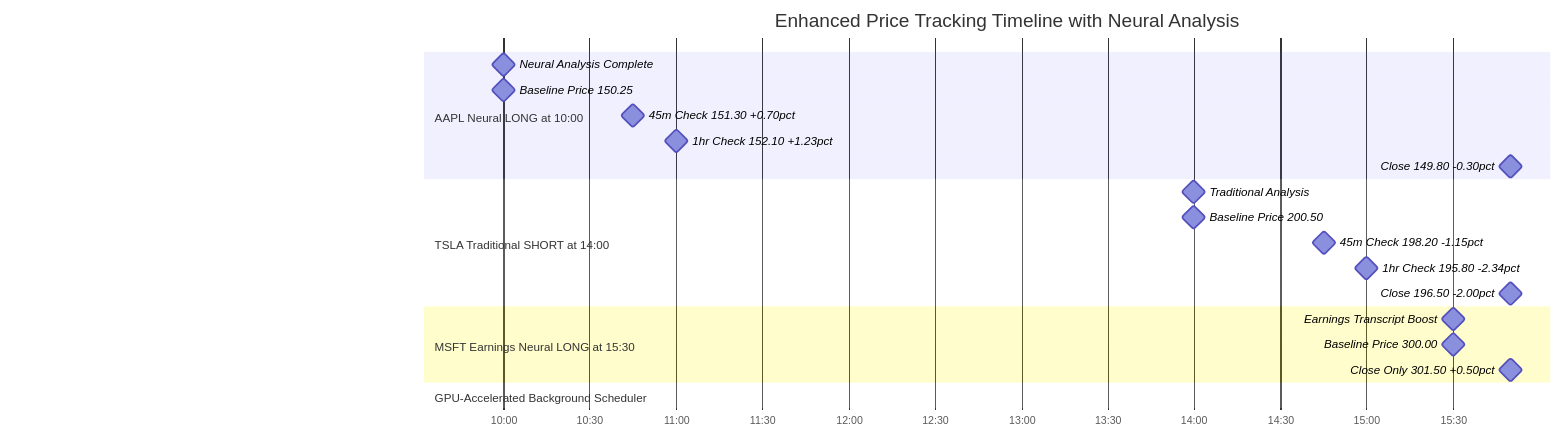
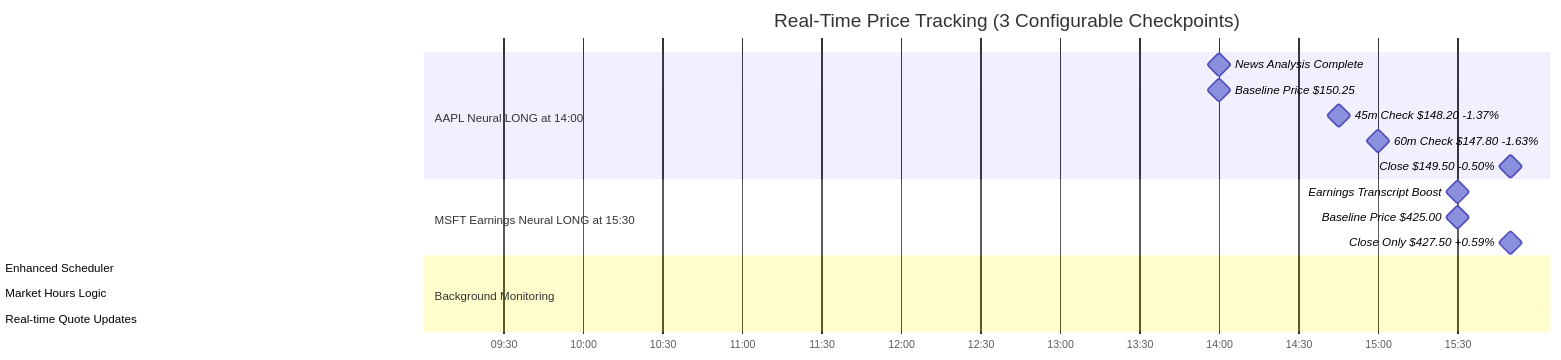
One commit to jaygasi/news_analyzer changed diagram 16 of 18 in news_cruncher/README.md. Above: the diagram before and after it, drawn with Mermaid. The commit also changed other lines of this file, not shown here.

````diff
--- a/news_cruncher/README.md
+++ b/news_cruncher/README.md
@@ -409,28 +1028,23 @@
 ```mermaid
 gantt
-    title Enhanced Price Tracking Timeline with Neural Analysis
-    dateFormat  HH:mm
+    title Real-Time Price Tracking (3 Configurable Checkpoints)
+    dateFormat HH:mm
     axisFormat %H:%M
     
-    section AAPL Neural LONG at 10:00
-    Neural Analysis Complete    :milestone, n1, 10:00, 0m
-    Baseline Price 150.25       :milestone, m1, 10:00, 0m
-    45m Check 151.30 +0.70pct   :milestone, m2, 10:45, 0m
-    1hr Check 152.10 +1.23pct   :milestone, m3, 11:00, 0m
-    Close 149.80 -0.30pct       :milestone, m4, 15:50, 0m
-    
-    section TSLA Traditional SHORT at 14:00
-    Traditional Analysis        :milestone, t0, 14:00, 0m
-    Baseline Price 200.50       :milestone, t1, 14:00, 0m
-    45m Check 198.20 -1.15pct   :milestone, t2, 14:45, 0m
-    1hr Check 195.80 -2.34pct   :milestone, t3, 15:00, 0m
-    Close 196.50 -2.00pct       :milestone, t4, 15:50, 0m
+    section AAPL Neural LONG at 14:00
+    News Analysis Complete    :milestone, t0, 14:00, 0m
+    Baseline Price $150.25    :milestone, t1, 14:00, 0m
+    45m Check $148.20 -1.37%  :milestone, t2, 14:45, 0m
+    60m Check $147.80 -1.63%  :milestone, t3, 15:00, 0m
+    Close $149.50 -0.50%      :milestone, t4, 15:50, 0m
     
     section MSFT Earnings Neural LONG at 15:30
-    Earnings Transcript Boost   :milestone, ms0, 15:30, 0m
-    Baseline Price 300.00       :milestone, ms1, 15:30, 0m
-    Close Only 301.50 +0.50pct  :milestone, ms2, 15:50, 0m
+    Earnings Transcript Boost  :milestone, ms0, 15:30, 0m
+    Baseline Price $425.00     :milestone, ms1, 15:30, 0m
+    Close Only $427.50 +0.59%  :milestone, ms2, 15:50, 0m
     
-    section GPU-Accelerated Background Scheduler
-    Enhanced Monitoring         :active, sched, 10:00, 06:00
+    section Background Monitoring
+    Enhanced Scheduler         :active, sched, 09:30, 06:20
+    Market Hours Logic         :active, market, 09:30, 06:20
+    Real-time Quote Updates    :active, quotes, 09:30, 06:20
 ```
````
